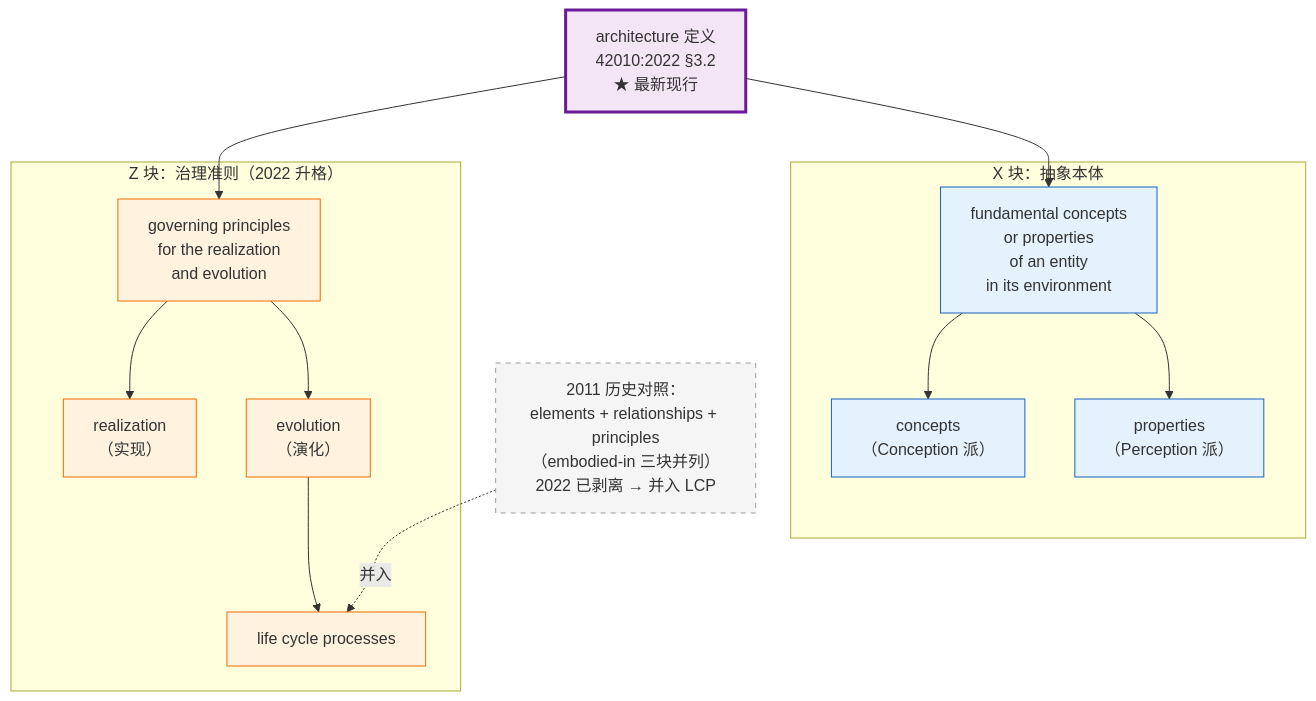
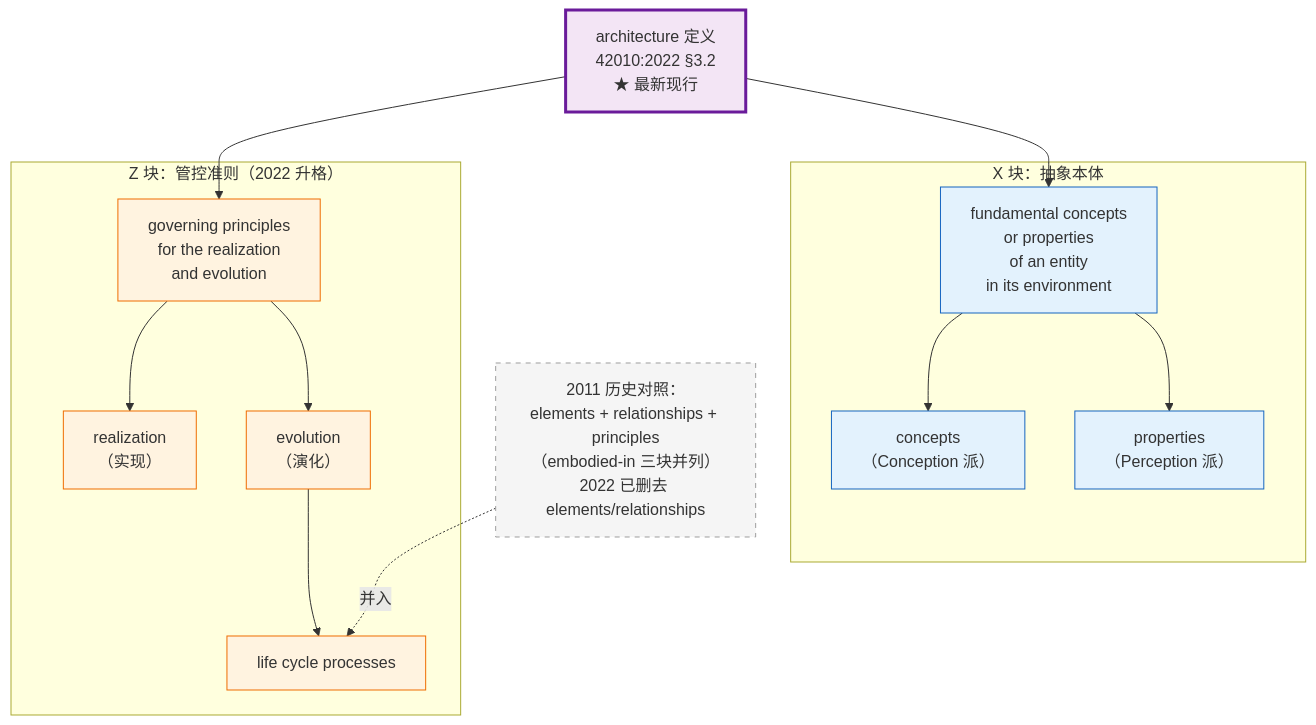
One commit to Yongjunzhou/AOS-system-design changed the eighth of 17 diagrams in 100-subprojects/01-系统工程研究/00-系统工程相关研究报告/22-架构、概念、属性研究报告—术语权威定义与对照分析.md. Above: the diagram before and after it, drawn with Mermaid. The commit also changed other lines of this file and 38 other files, not shown here.

````diff
--- a/100-subprojects/01-系统工程研究/00-系统工程相关研究报告/22-架构、概念、属性研究报告—术语权威定义与对照分析.md
+++ b/100-subprojects/01-系统工程研究/00-系统工程相关研究报告/22-架构、概念、属性研究报告—术语权威定义与对照分析.md
@@ -628,38 +665,38 @@
 ```mermaid
 flowchart TB
     ARCH["architecture 定义<br/>42010:2022 §3.2<br/>★ 最新现行"]
 
     subgraph "X 块：抽象本体"
         X["fundamental concepts<br/>or properties<br/>of an entity<br/>in its environment"]
         CON["concepts<br/>（Conception 派）"]
         PROP["properties<br/>（Perception 派）"]
         X --> CON
         X --> PROP
     end
 
-    subgraph "Z 块：治理准则（2022 升格）"
+    subgraph "Z 块：管控准则（2022 升格）"
         Z["governing principles<br/>for the realization<br/>and evolution"]
         REAL["realization<br/>（实现）"]
         EVO["evolution<br/>（演化）"]
         LCP["life cycle processes"]
         Z --> REAL
         Z --> EVO
         EVO --> LCP
     end
 
     %% 2011 历史对照说明
-    HIST["2011 历史对照：<br/>elements + relationships + principles<br/>（embodied-in 三块并列）<br/>2022 已剥离 → 并入 LCP"]
+    HIST["2011 历史对照：<br/>elements + relationships + principles<br/>（embodied-in 三块并列）<br/>2022 已删去 elements/relationships"]
     HIST -.并入.-> LCP
 
     ARCH --> X
     ARCH --> Z
 
     classDef x fill:#e3f2fd,stroke:#1565c0
     classDef z fill:#fff3e0,stroke:#ef6c00
     classDef arch fill:#f3e5f5,stroke:#6a1b9a,stroke-width:3px
     classDef hist fill:#f5f5f5,stroke:#9e9e9e,stroke-dasharray: 5 5
     class X,CON,PROP x
     class Z,REAL,EVO,LCP z
     class ARCH arch
     class HIST hist
 ```
````
